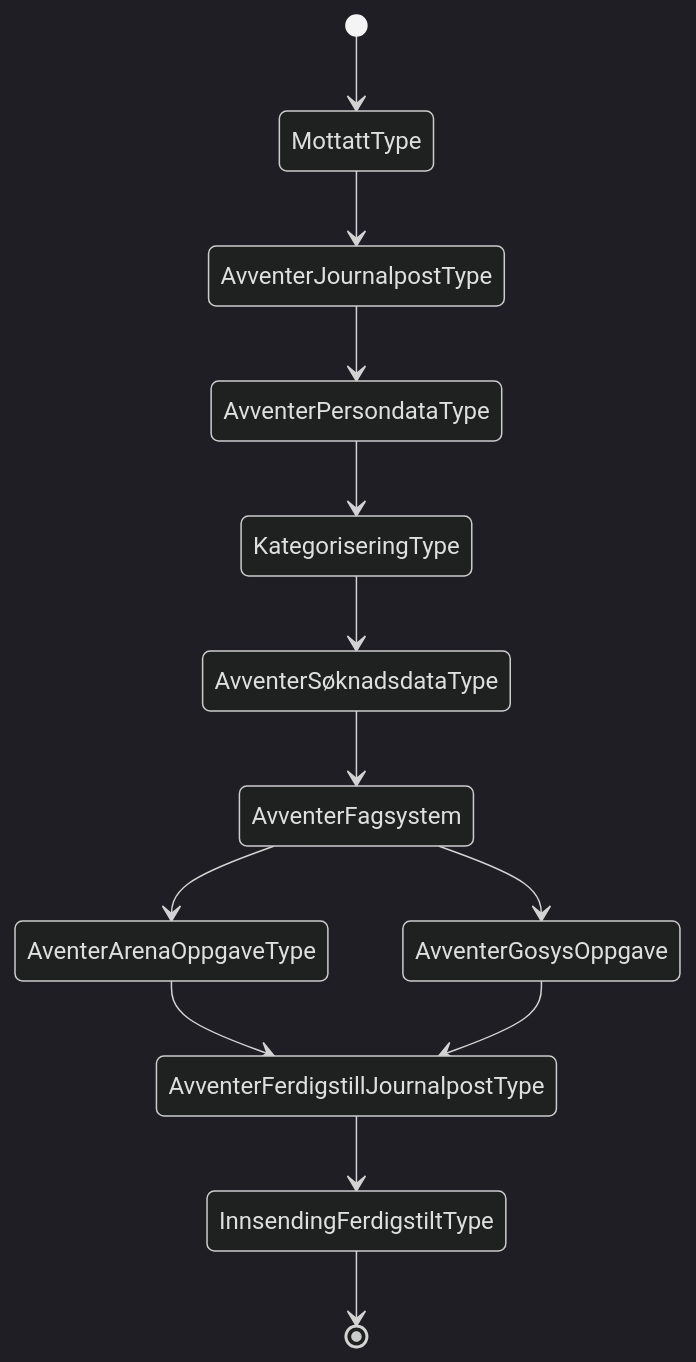
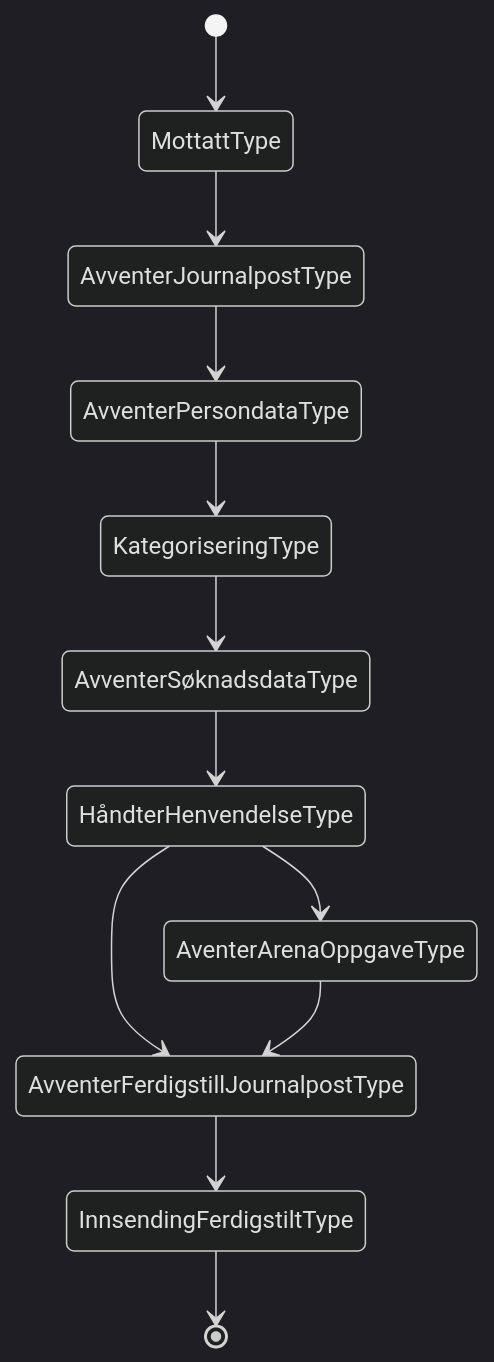
One commit to navikt/dp-mottak changed the diagram in docs/arkitektur/tilstander/NAVe 04-01.04.approved.md. Above: the diagram before and after it, drawn with Mermaid (dark theme). The commit also changed 3 other files, not shown here.

Commit message:
Oppdatert mermaid

````diff
--- a/docs/arkitektur/tilstander/NAVe 04-01.04.approved.md
+++ b/docs/arkitektur/tilstander/NAVe 04-01.04.approved.md
@@ -3,15 +3,14 @@
 ```mermaid
    stateDiagram
    [*]-->MottattType
    	MottattType --> AvventerJournalpostType
 	AvventerJournalpostType --> AvventerPersondataType
 	AvventerPersondataType --> KategoriseringType
 	KategoriseringType --> AvventerSøknadsdataType
-	AvventerSøknadsdataType --> AvventerFagsystem
-    AvventerFagsystem --> AventerArenaOppgaveType
-    AvventerFagsystem --> AvventerGosysOppgave
+    AvventerSøknadsdataType --> HåndterHenvendelseType
+    HåndterHenvendelseType --> AventerArenaOppgaveType
+    HåndterHenvendelseType --> AvventerFerdigstillJournalpostType
 	AventerArenaOppgaveType --> AvventerFerdigstillJournalpostType
-    AvventerGosysOppgave --> AvventerFerdigstillJournalpostType
 	AvventerFerdigstillJournalpostType --> InnsendingFerdigstiltType
    InnsendingFerdigstiltType--> [*]    
 ```
````
